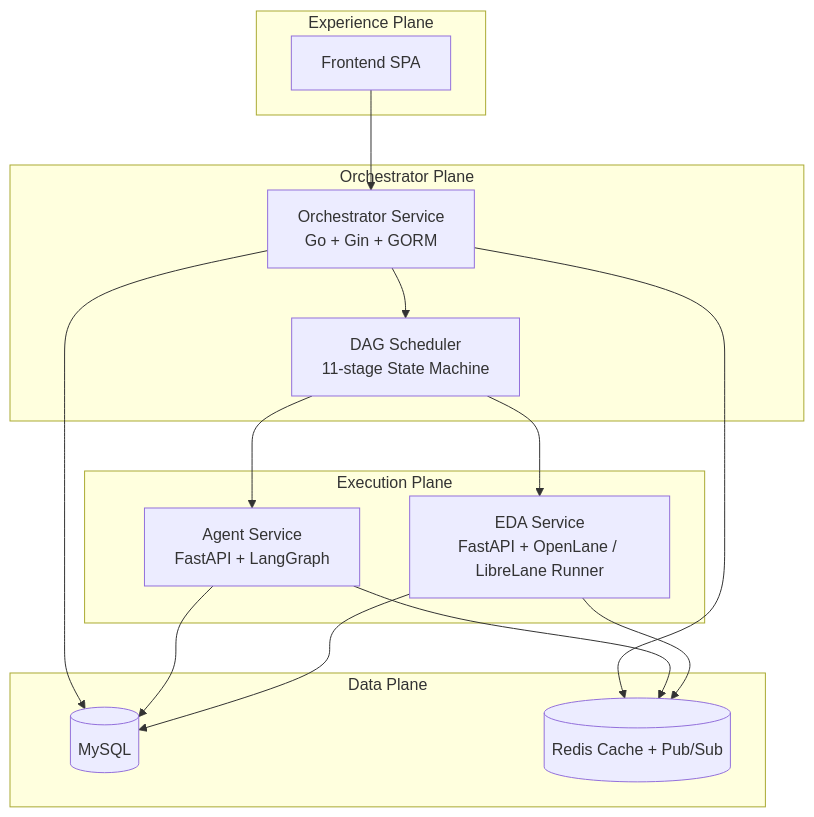
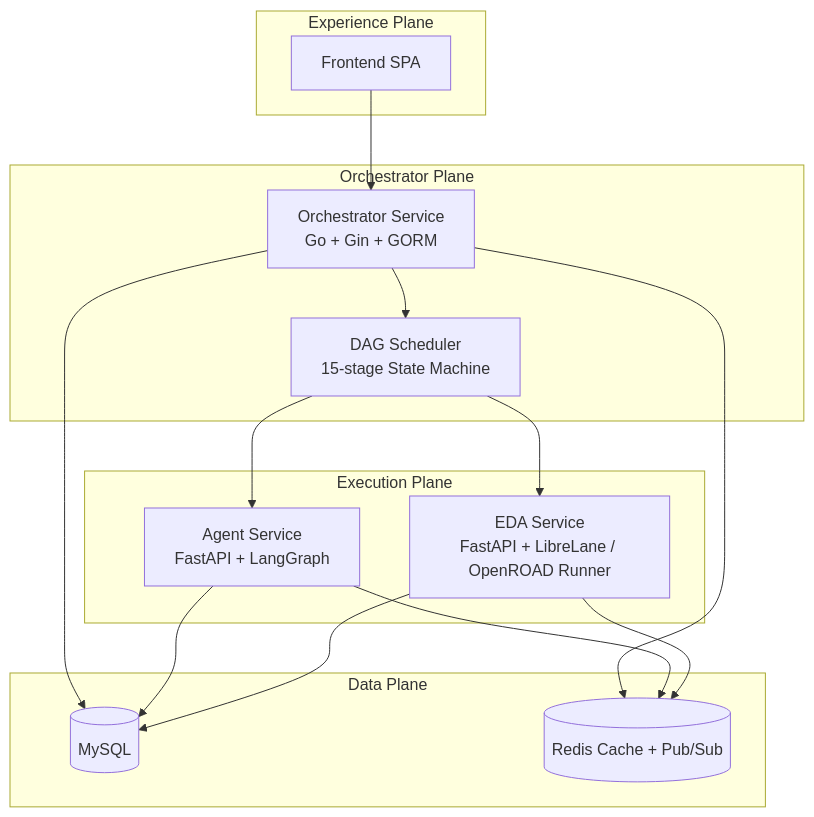
The first of 2 diagrams in README.md (radhian/Chip-Orchestra), drawn with Mermaid before and after one commit. The commit also changed other lines of this file, not shown here.

````diff
--- a/README.md
+++ b/README.md
@@ -57,32 +57,32 @@
 ```mermaid
 flowchart TB
     subgraph EXP[Experience Plane]
         SPA[Frontend SPA]
     end
 
     subgraph OP[Orchestrator Plane]
         OPS[Orchestrator Service\nGo + Gin + GORM]
-        DAG[DAG Scheduler\n11-stage State Machine]
+        DAG[DAG Scheduler\n15-stage State Machine]
     end
 
     subgraph EXEC[Execution Plane]
         AG[Agent Service\nFastAPI + LangGraph]
-        EDA[EDA Service\nFastAPI + OpenLane / LibreLane Runner]
+        EDA[EDA Service\nFastAPI + LibreLane / OpenROAD Runner]
     end
 
     subgraph DATA[Data Plane]
         MYSQL[(MySQL)]
         REDIS[(Redis Cache + Pub/Sub)]
     end
 
     SPA --> OPS
     OPS --> DAG
     DAG --> AG
     DAG --> EDA
     OPS --> MYSQL
     OPS --> REDIS
     AG --> MYSQL
     AG --> REDIS
     EDA --> MYSQL
     EDA --> REDIS
 ```
````
